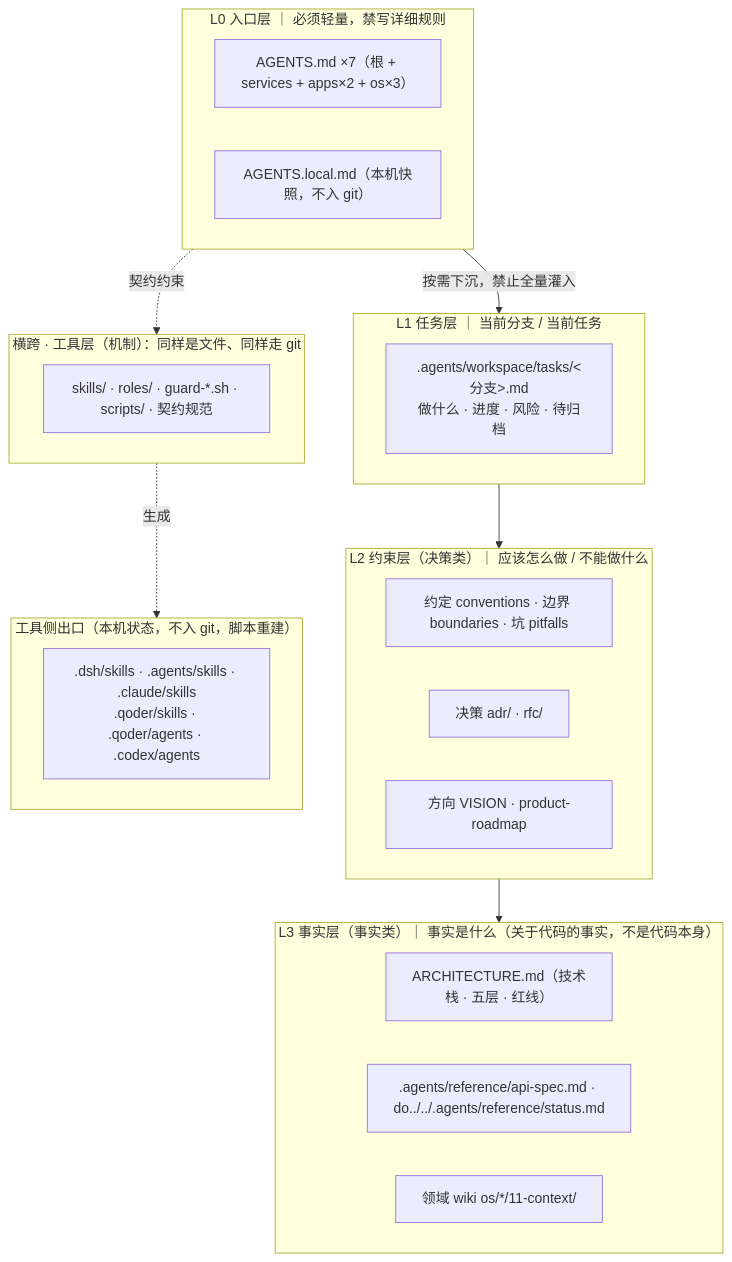
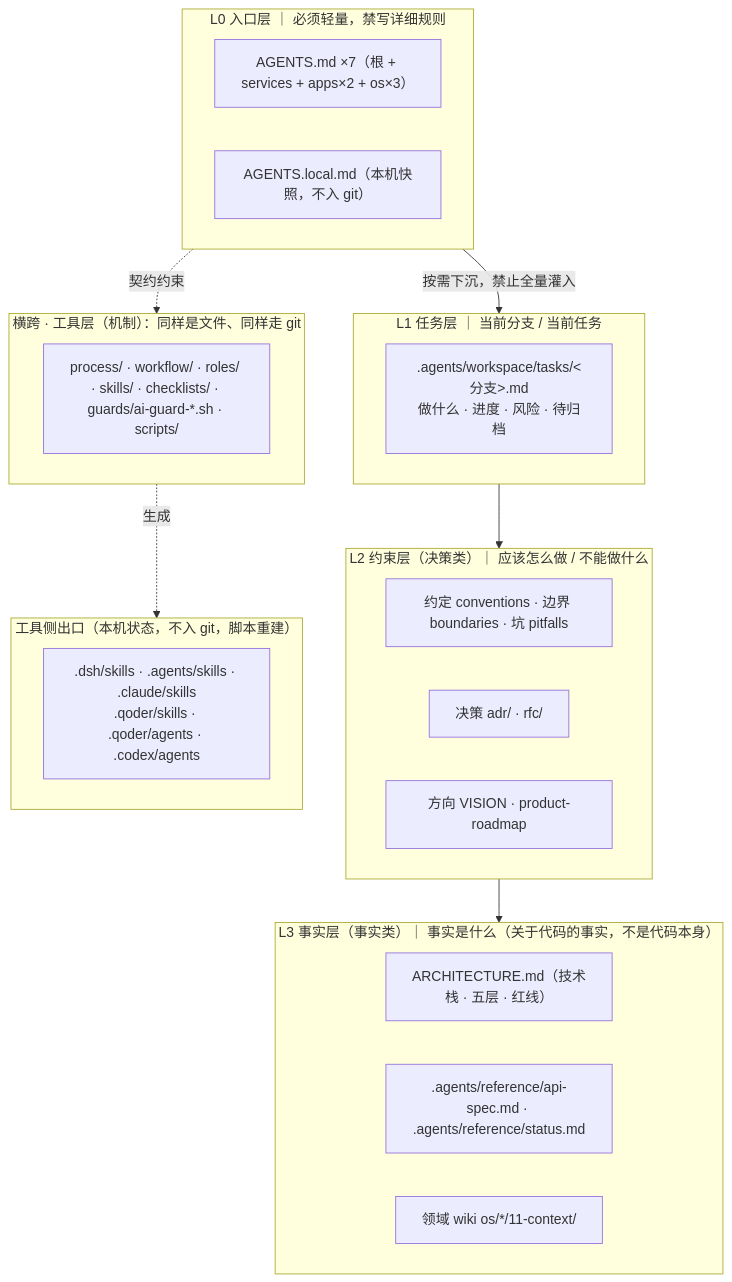
The first of 9 diagrams in .agents/assets/ai-context-engineering.md (adaios/adaios), drawn with Mermaid before and after one commit. The commit also changed other lines of this file and 11 other files, not shown here.

First line of the commit message:
feat(guards): 新建 AI 上下文健康总检 ai-guard-health + 修 5 份标题层级

````diff
--- a/.agents/assets/ai-context-engineering.md
+++ b/.agents/assets/ai-context-engineering.md
@@ -27,31 +27,31 @@
 ```mermaid
 flowchart TB
     subgraph L0["L0 入口层 ｜ 必须轻量，禁写详细规则"]
         A1["AGENTS.md ×7（根 + services + apps×2 + os×3）"]
         A2["AGENTS.local.md（本机快照，不入 git）"]
     end
     subgraph L1["L1 任务层 ｜ 当前分支 / 当前任务"]
         B1[".agents/workspace/tasks/&lt;分支&gt;.md<br/>做什么 · 进度 · 风险 · 待归档"]
     end
     subgraph L2["L2 约束层（决策类）｜ 应该怎么做 / 不能做什么"]
         C1["约定 conventions · 边界 boundaries · 坑 pitfalls"]
         C2["决策 adr/ · rfc/"]
         C3["方向 VISION · product-roadmap"]
     end
     subgraph L3["L3 事实层（事实类）｜ 事实是什么（关于代码的事实，不是代码本身）"]
         D1["ARCHITECTURE.md（技术栈 · 五层 · 红线）"]
-        D2[".agents/reference/api-spec.md · do../../.agents/reference/status.md"]
+        D2[".agents/reference/api-spec.md · .agents/reference/status.md"]
         D3["领域 wiki os/*/11-context/"]
     end
     subgraph TOOL["横跨 · 工具层（机制）：同样是文件、同样走 git"]
-        E1["skills/ · roles/ · guard-*.sh · scripts/ · 契约规范"]
+        E1["process/ · workflow/ · roles/ · skills/ · checklists/ · guards/ai-guard-*.sh · scripts/"]
     end
     subgraph OUT["工具侧出口（本机状态，不入 git，脚本重建）"]
         F1[".dsh/skills · .agents/skills · .claude/skills<br/>.qoder/skills · .qoder/agents · .codex/agents"]
     end
     L0 -->|按需下沉，禁止全量灌入| L1
     L1 --> L2
     L2 --> L3
     TOOL -.->|生成| OUT
     L0 -.->|契约约束| TOOL
 ```
````
